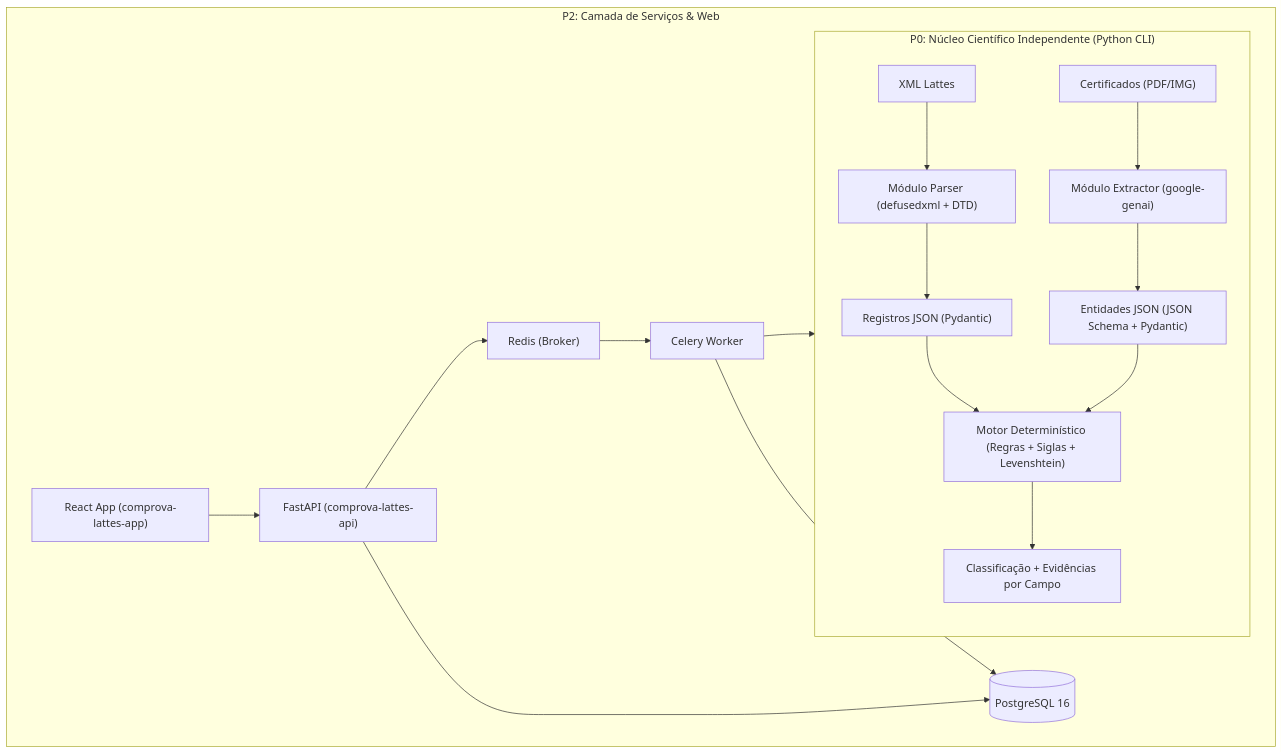
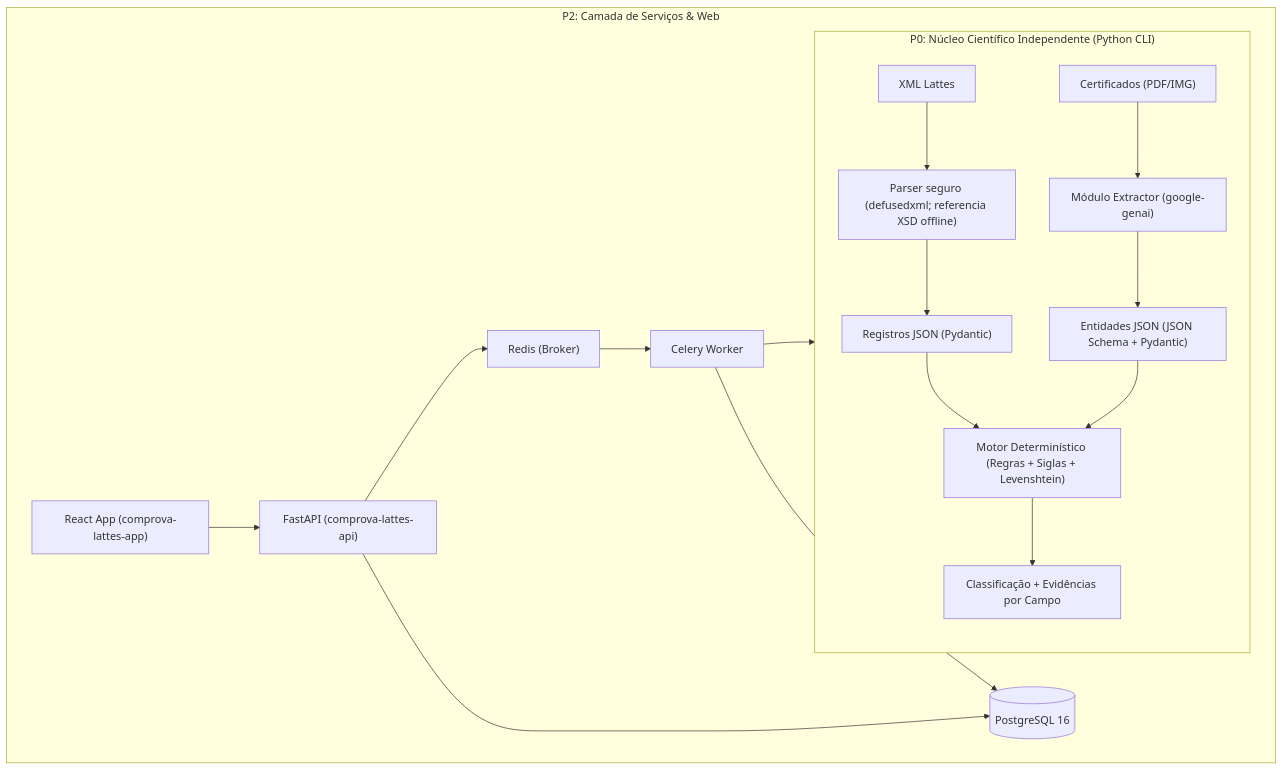
Before and after one commit to jovemcleb/comprova-lattes: the diagram in .specs/codebase/ARCHITECTURE.md, drawn with Mermaid. The commit also changed other lines of this file and 59 other files, not shown here.

````diff
--- a/.specs/codebase/ARCHITECTURE.md
+++ b/.specs/codebase/ARCHITECTURE.md
@@ -5,21 +7,21 @@
 ```mermaid
 flowchart TD
     subgraph P0["P0: Núcleo Científico Independente (Python CLI)"]
-        XML["XML Lattes"] --> Parser["Módulo Parser (defusedxml + DTD)"]
+        XML["XML Lattes"] --> Parser["Parser seguro (defusedxml; referencia XSD offline)"]
         Doc["Certificados (PDF/IMG)"] --> Extractor["Módulo Extractor (google-genai)"]
         Parser --> JSON_L["Registros JSON (Pydantic)"]
         Extractor --> JSON_D["Entidades JSON (JSON Schema + Pydantic)"]
         JSON_L --> Matcher["Motor Determinístico (Regras + Siglas + Levenshtein)"]
         JSON_D --> Matcher
         Matcher --> Result["Classificação + Evidências por Campo"]
     end
 
     subgraph P2["P2: Camada de Serviços & Web"]
         Web["React App (comprova-lattes-app)"] --> API["FastAPI (comprova-lattes-api)"]
         API --> Redis["Redis (Broker)"]
         Redis --> Worker["Celery Worker"]
         Worker --> P0
         API --> DB[("PostgreSQL 16")]
         Worker --> DB
     end
 ```
````
